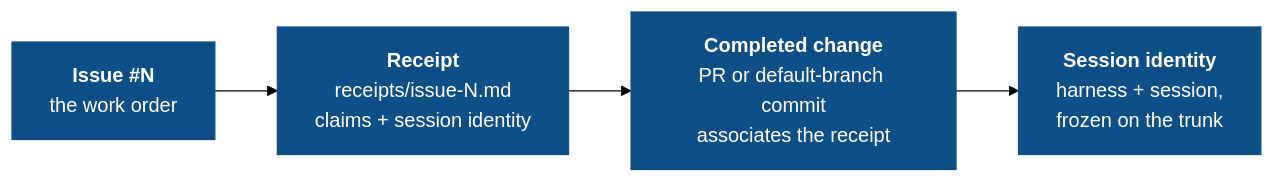
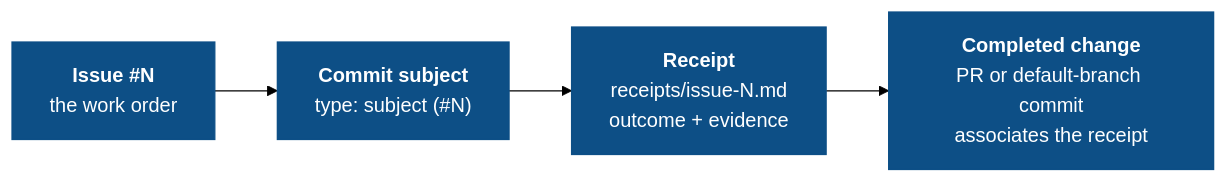
The diagram in docs/concepts/audit-chain.mdx (Duaility/governance-kit), drawn with Mermaid (forest theme) before and after one commit. The commit also changed other lines of this file and 53 other files, not shown here.

First line of the commit message:
feat(packs): retire session identity and fold commit format into audit (#370)

````diff
--- a/docs/concepts/audit-chain.mdx
+++ b/docs/concepts/audit-chain.mdx
@@ -12,12 +12,12 @@
 ```mermaid
 flowchart LR
     I["<b>Issue #N</b><br/>the work order"]
-    R["<b>Receipt</b><br/>receipts/issue-N.md<br/>claims + session identity"]
+    M["<b>Commit subject</b><br/>type: subject (#N)"]
+    R["<b>Receipt</b><br/>receipts/issue-N.md<br/>outcome + evidence"]
     C["<b>Completed change</b><br/>PR or default-branch commit<br/>associates the receipt"]
-    S["<b>Session identity</b><br/>harness + session,<br/>frozen on the trunk"]
 
-    I --> R --> C --> S
+    I --> M --> R --> C
 
     classDef chain fill:#0d4f86,stroke:#0d4f86,color:#ffffff
-    class I,R,C,S chain
+    class I,M,R,C chain
 ```
````
